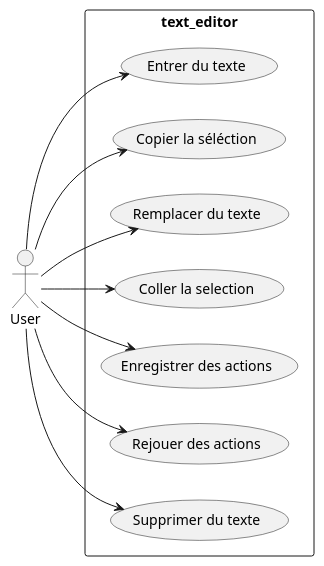
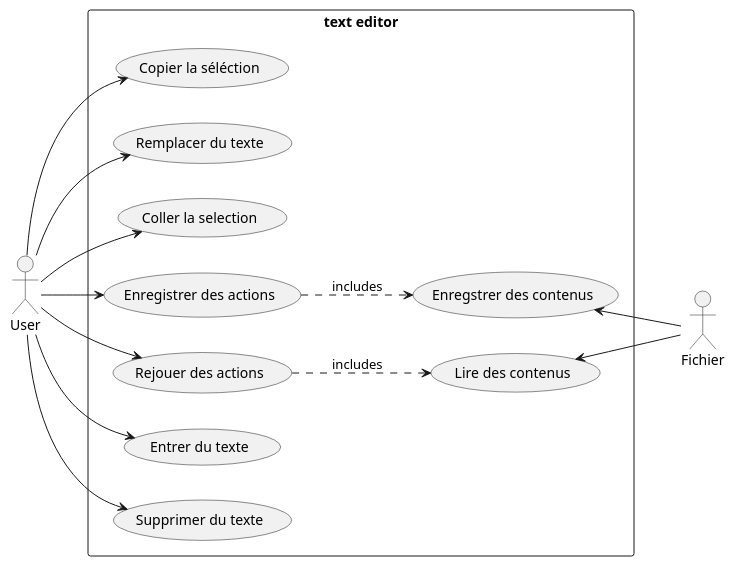
One commit to Camille-Molinier/text-editor changed the diagram in V2/Conception/UseCase.puml. Above: the diagram before and after it, drawn with PlantUML. The commit also changed 30 other files, not shown here.

```diff
--- a/V2/Conception/UseCase.puml
+++ b/V2/Conception/UseCase.puml
@@ -1,30 +1,40 @@
 @startuml
 'https://plantuml.com/use-case-diagram
 
 left to right direction
 skinparam packageStyle rect
 skinparam shadowing false
 
 actor User
+actor "Fichier" as sys
 
-rectangle text_editor {
+rectangle "text editor" {
     usecase "Entrer du texte" as txt
     usecase "Supprimer du texte" as select
     usecase "Copier la séléction" as cp
     usecase "Coller la selection" as paste
     usecase "Remplacer du texte" as replace
     usecase "Enregistrer des actions" as rec
     usecase "Rejouer des actions" as load
 
-  User -> txt
+    usecase "Enregstrer des contenus" as recF
+    usecase "Lire des contenus" as loadF
+
+  User --> txt
   User --> select
   User -> cp
   User -> replace
   User -> paste
   User -> rec
   User -> load
+
+  sys -left-> recF
+  sys -up-> loadF
+
+  (recF) <.up. (rec) : includes
+  (loadF) <.up. (load) : includes
 }
 
 
 
 @enduml
```
